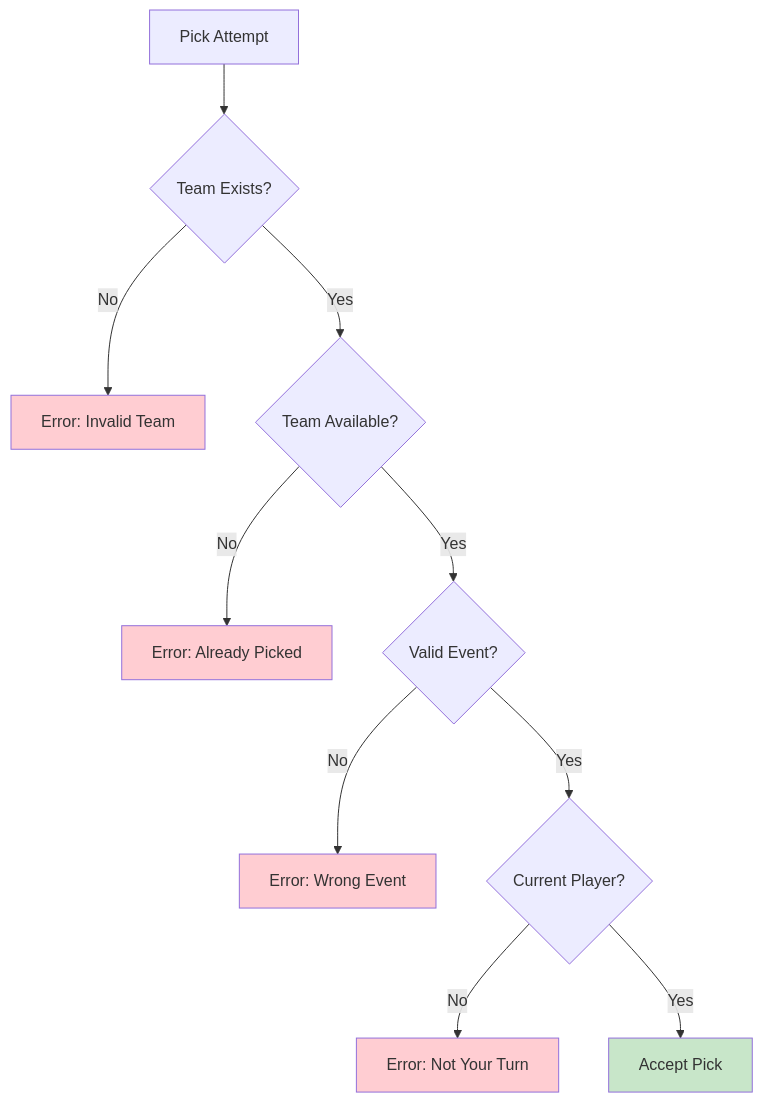
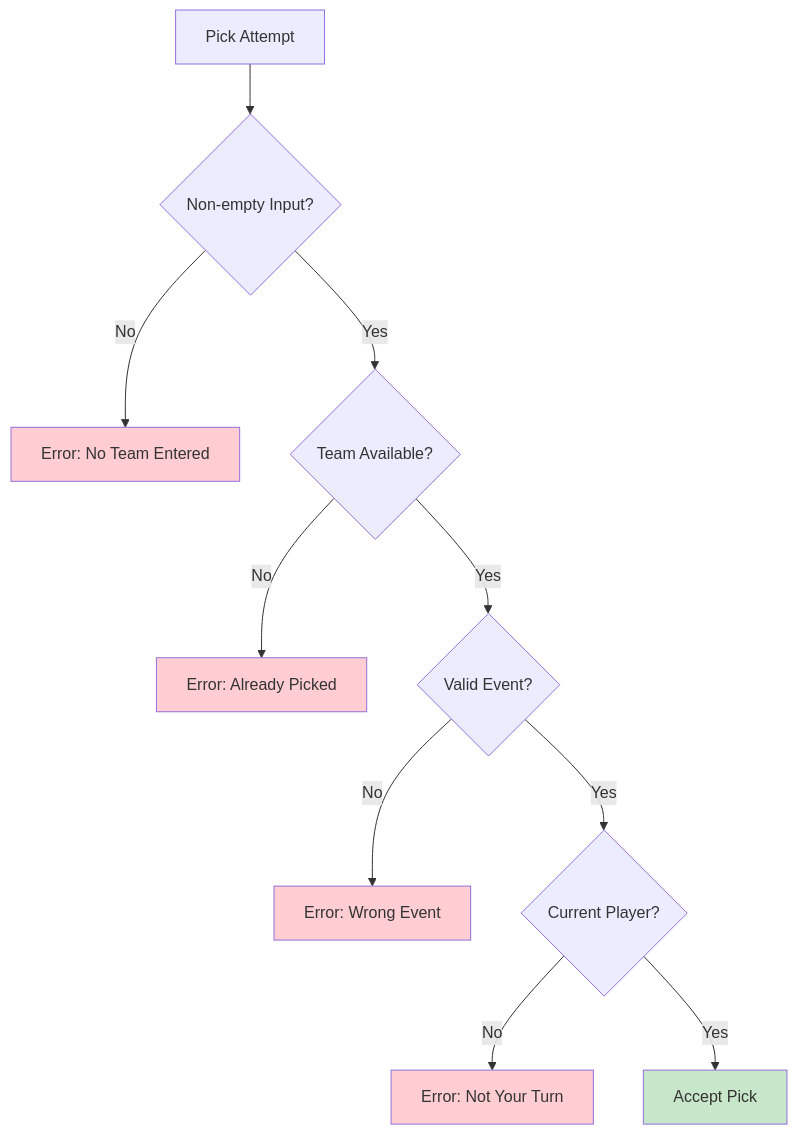
Before and after one commit to squirlemaster42/fantasy-frc-web: diagram 14 of 15 in docs/business-logic/draft-states-visual.md, drawn with Mermaid. The commit also changed other lines of this file and 28 other files, not shown here.

````diff
--- a/docs/business-logic/draft-states-visual.md
+++ b/docs/business-logic/draft-states-visual.md
@@ -260,18 +251,18 @@
 ```mermaid
 graph TD
-    A[Pick Attempt] --> B{Team Exists?}
-    B -->|No| C[Error: Invalid Team]
+    A[Pick Attempt] --> B{Non-empty Input?}
+    B -->|No| C[Error: No Team Entered]
     B -->|Yes| D{Team Available?}
     D -->|No| E[Error: Already Picked]
     D -->|Yes| F{Valid Event?}
     F -->|No| G[Error: Wrong Event]
     F -->|Yes| H{Current Player?}
     H -->|No| I[Error: Not Your Turn]
     H -->|Yes| J[Accept Pick]
     
     style C fill:#ffcdd2
     style E fill:#ffcdd2
     style G fill:#ffcdd2
     style I fill:#ffcdd2
     style J fill:#c8e6c9
 ```
````
